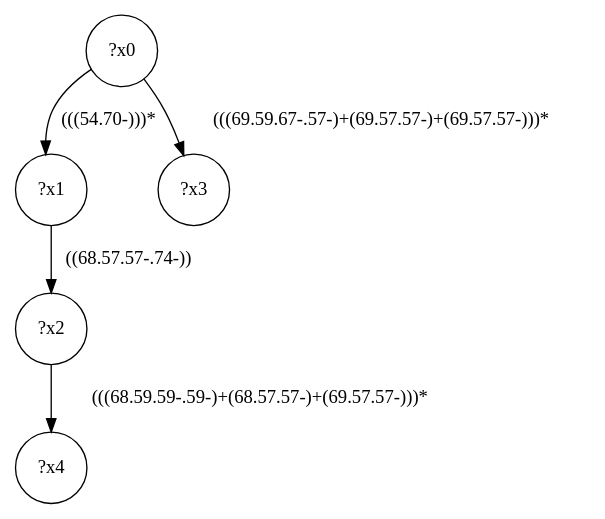
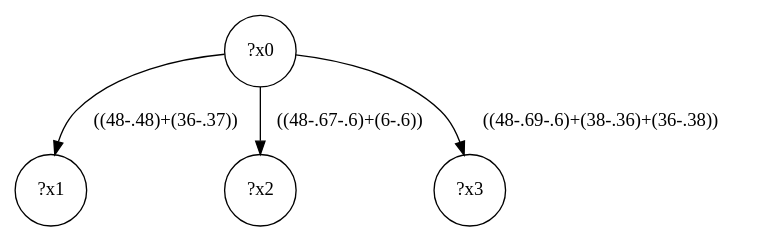
One commit to MathieuGicquel/federated-benchmark changed the diagram in lib/gmark/demo/shop/shop-interface/query-31.dot. Above: the diagram before and after it, drawn with Graphviz. The commit also changed 354 other files, not shown here.

```diff
--- a/lib/gmark/demo/shop/shop-interface/query-31.dot
+++ b/lib/gmark/demo/shop/shop-interface/query-31.dot
@@ -1,11 +1,9 @@
 digraph g {
 	x0 [shape=circle, label="?x0"];
 	x1 [shape=circle, label="?x1"];
-	x0 -> x1 [label="(((54.70-)))*"];
+	x0 -> x1 [label="((48-.48)+(36-.37))"];
 	x2 [shape=circle, label="?x2"];
-	x1 -> x2 [label="((68.57.57-.74-))"];
+	x0 -> x2 [label="((48-.67-.6)+(6-.6))"];
 	x3 [shape=circle, label="?x3"];
-	x0 -> x3 [label="(((69.59.67-.57-)+(69.57.57-)+(69.57.57-)))*"];
-	x4 [shape=circle, label="?x4"];
-	x2 -> x4 [label="(((68.59.59-.59-)+(68.57.57-)+(69.57.57-)))*"];
+	x0 -> x3 [label="((48-.69-.6)+(38-.36)+(36-.38))"];
 }
```
